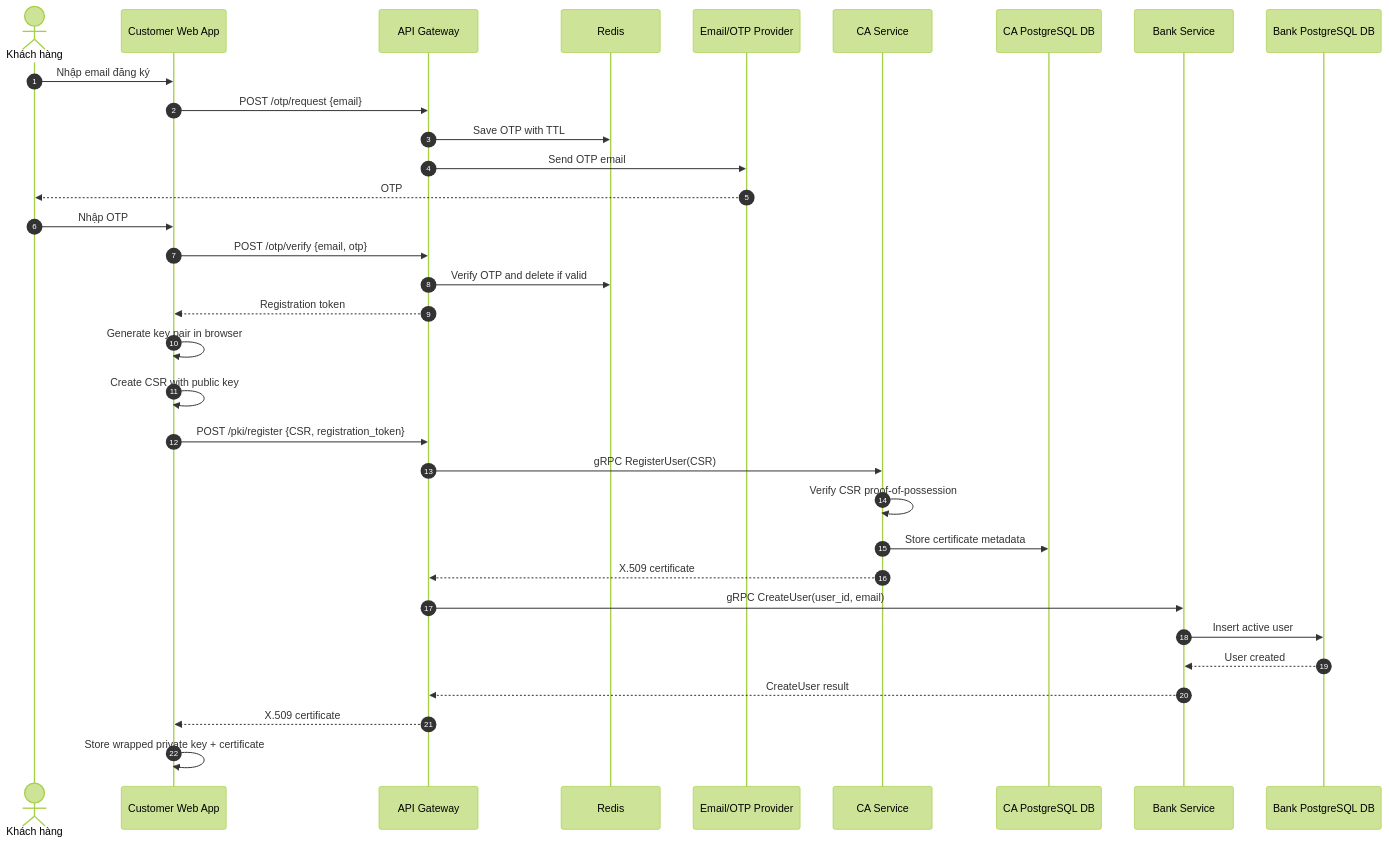
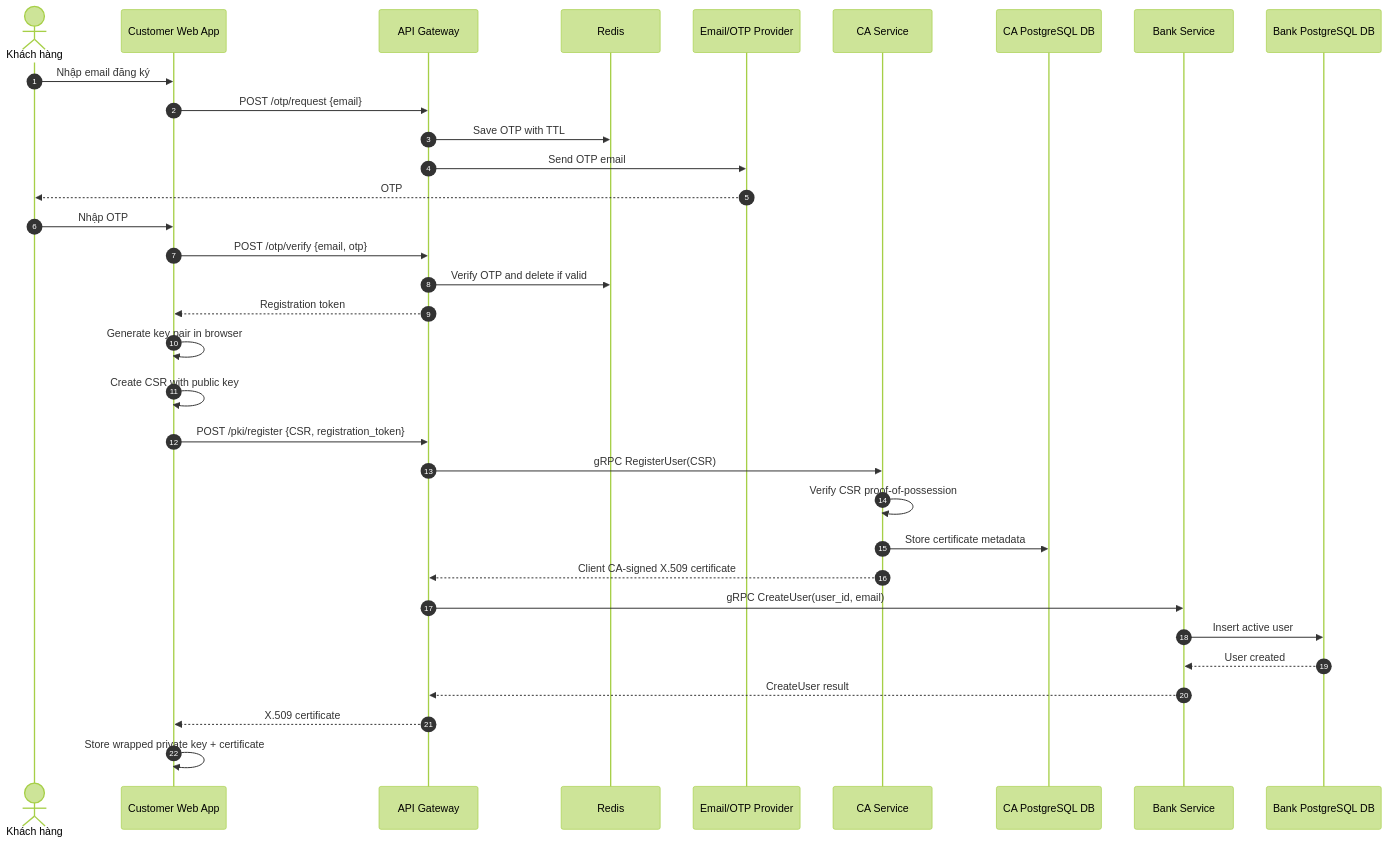
Before and after one commit to TNTT2305hcmus/mini-banking-app: the third of 6 diagrams in blueprint/design.md, drawn with Mermaid (forest theme). The commit also changed other lines of this file and 38 other files, not shown here.

````diff
--- a/blueprint/design.md
+++ b/blueprint/design.md
@@ -370,38 +422,38 @@
 ```mermaid
 sequenceDiagram
     autonumber
     actor C as Khách hàng
     participant Web as Customer Web App
     participant G as API Gateway
     participant R as Redis
     participant E as Email/OTP Provider
     participant CA as CA Service
     participant CADB as CA PostgreSQL DB
     participant B as Bank Service
     participant DB as Bank PostgreSQL DB
 
     C->>Web: Nhập email đăng ký
     Web->>G: POST /otp/request {email}
     G->>R: Save OTP with TTL
     G->>E: Send OTP email
     E-->>C: OTP
 
     C->>Web: Nhập OTP
     Web->>G: POST /otp/verify {email, otp}
     G->>R: Verify OTP and delete if valid
     G-->>Web: Registration token
 
     Web->>Web: Generate key pair in browser
     Web->>Web: Create CSR with public key
     Web->>G: POST /pki/register {CSR, registration_token}
     G->>CA: gRPC RegisterUser(CSR)
     CA->>CA: Verify CSR proof-of-possession
     CA->>CADB: Store certificate metadata
-    CA-->>G: X.509 certificate
+    CA-->>G: Client CA-signed X.509 certificate
     G->>B: gRPC CreateUser(user_id, email)
     B->>DB: Insert active user
     DB-->>B: User created
     B-->>G: CreateUser result
     G-->>Web: X.509 certificate
     Web->>Web: Store wrapped private key + certificate
 ```
````
